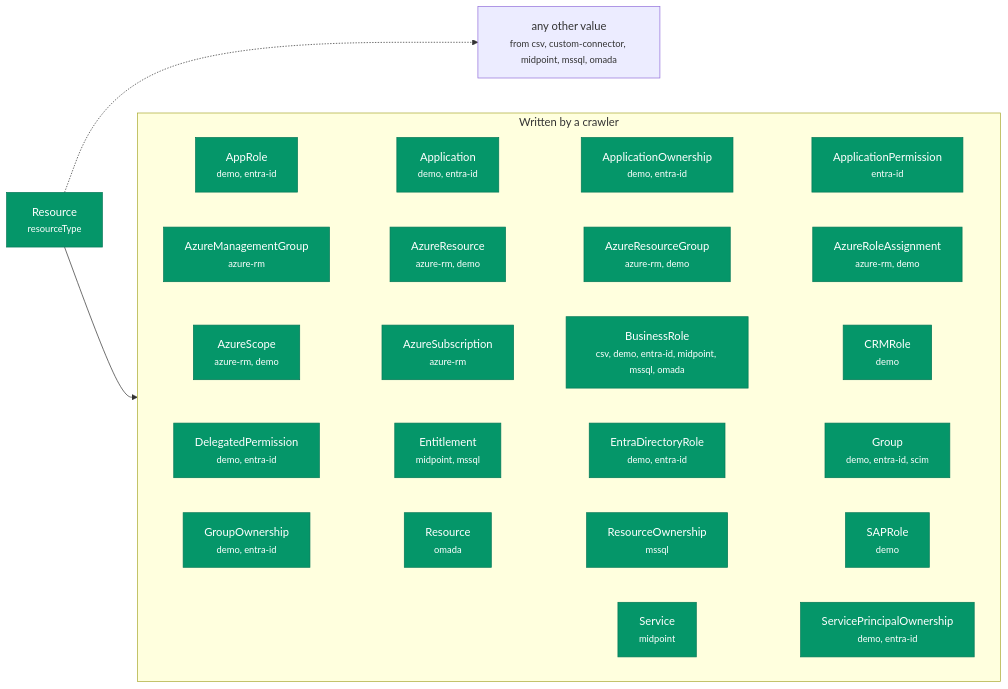
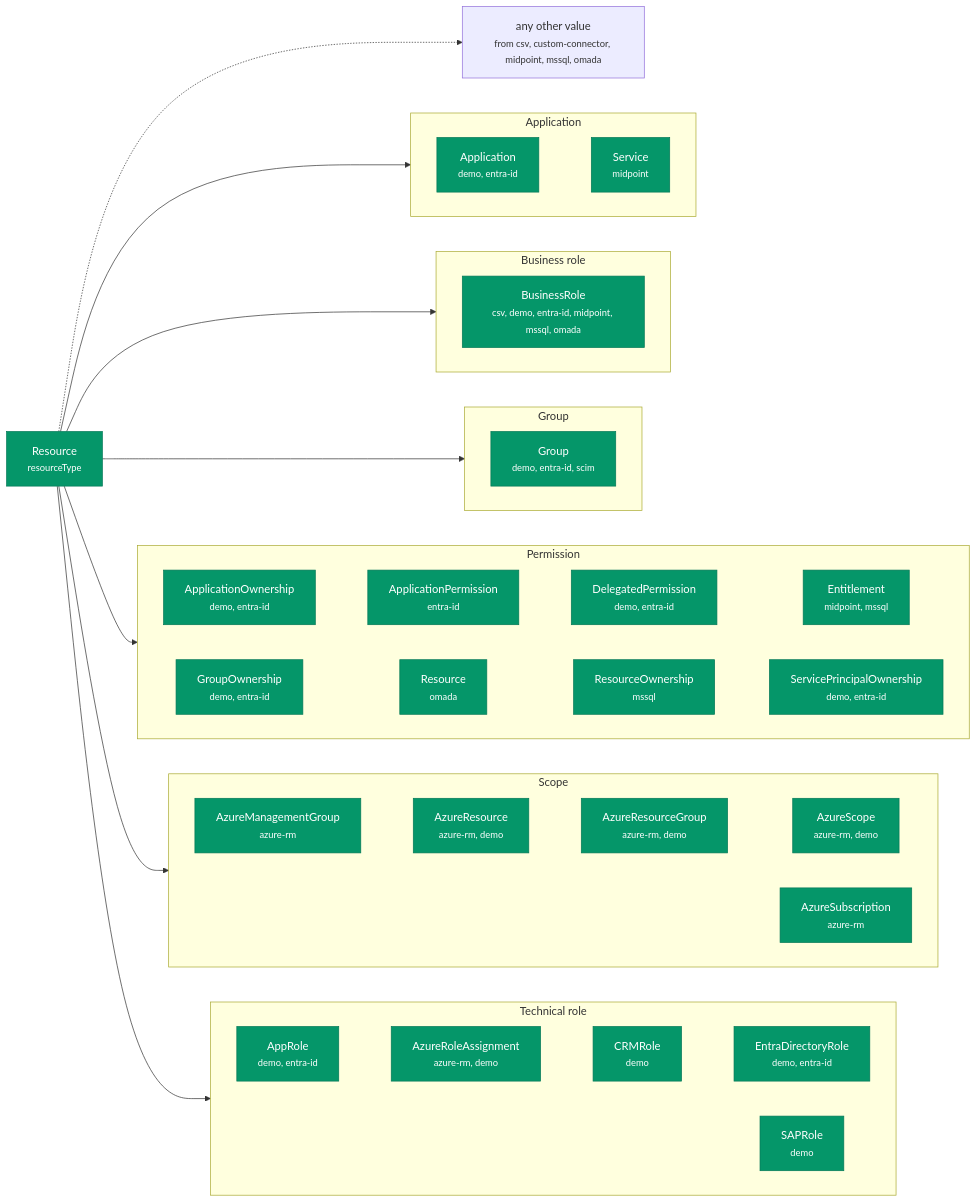
Before and after one commit to DerKodex-Repo-Curator/IdentityAtlas: the third of 5 diagrams in docs/concepts/ontology.md, drawn with Mermaid. The commit also changed other lines of this file and 24 other files, not shown here.

````diff
--- a/docs/concepts/ontology.md
+++ b/docs/concepts/ontology.md
@@ -128,39 +144,58 @@
 ```mermaid
 flowchart LR
     root["Resource<br/><small>resourceType</small>"]:::Resource
-    subgraph g_crawler["Written by a crawler"]
+    subgraph g_Application["Application"]
       direction LR
-      t_AppRole["AppRole<br/><small>demo, entra-id</small>"]:::Resource
       t_Application["Application<br/><small>demo, entra-id</small>"]:::Resource
+      t_Service["Service<br/><small>midpoint</small>"]:::Resource
+      t_Application ~~~ t_Service
+    end
+    subgraph g_BusinessRole["Business role"]
+      direction LR
+      t_BusinessRole["BusinessRole<br/><small>csv, demo, entra-id, midpoint, mssql, omada</small>"]:::Resource
+    end
+    subgraph g_Group["Group"]
+      direction LR
+      t_Group["Group<br/><small>demo, entra-id, scim</small>"]:::Resource
+    end
+    subgraph g_Permission["Permission"]
+      direction LR
       t_ApplicationOwnership["ApplicationOwnership<br/><small>demo, entra-id</small>"]:::Resource
       t_ApplicationPermission["ApplicationPermission<br/><small>entra-id</small>"]:::Resource
+      t_DelegatedPermission["DelegatedPermission<br/><small>demo, entra-id</small>"]:::Resource
+      t_Entitlement["Entitlement<br/><small>midpoint, mssql</small>"]:::Resource
+      t_GroupOwnership["GroupOwnership<br/><small>demo, entra-id</small>"]:::Resource
+      t_Resource["Resource<br/><small>omada</small>"]:::Resource
+      t_ResourceOwnership["ResourceOwnership<br/><small>mssql</small>"]:::Resource
+      t_ServicePrincipalOwnership["ServicePrincipalOwnership<br/><small>demo, entra-id</small>"]:::Resource
+      t_ApplicationOwnership ~~~ t_ApplicationPermission ~~~ t_DelegatedPermission ~~~ t_Entitlement
+      t_GroupOwnership ~~~ t_Resource ~~~ t_ResourceOwnership ~~~ t_ServicePrincipalOwnership
+    end
+    subgraph g_Scope["Scope"]
+      direction LR
       t_AzureManagementGroup["AzureManagementGroup<br/><small>azure-rm</small>"]:::Resource
       t_AzureResource["AzureResource<br/><small>azure-rm, demo</small>"]:::Resource
       t_AzureResourceGroup["AzureResourceGroup<br/><small>azure-rm, demo</small>"]:::Resource
-      t_AzureRoleAssignment["AzureRoleAssignment<br/><small>azure-rm, demo</small>"]:::Resource
       t_AzureScope["AzureScope<br/><small>azure-rm, demo</small>"]:::Resource
       t_AzureSubscription["AzureSubscription<br/><small>azure-rm</small>"]:::Resource
-      t_BusinessRole["BusinessRole<br/><small>csv, demo, entra-id, midpoint, mssql, omada</small>"]:::Resource
+      t_AzureManagementGroup ~~~ t_AzureResource ~~~ t_AzureResourceGroup ~~~ t_AzureScope
+    end
+    subgraph g_TechnicalRole["Technical role"]
+      direction LR
+      t_AppRole["AppRole<br/><small>demo, entra-id</small>"]:::Resource
+      t_AzureRoleAssignment["AzureRoleAssignment<br/><small>azure-rm, demo</small>"]:::Resource
       t_CRMRole["CRMRole<br/><small>demo</small>"]:::Resource
-      t_DelegatedPermission["DelegatedPermission<br/><small>demo, entra-id</small>"]:::Resource
-      t_Entitlement["Entitlement<br/><small>midpoint, mssql</small>"]:::Resource
       t_EntraDirectoryRole["EntraDirectoryRole<br/><small>demo, entra-id</small>"]:::Resource
-      t_Group["Group<br/><small>demo, entra-id, scim</small>"]:::Resource
-      t_GroupOwnership["GroupOwnership<br/><small>demo, entra-id</small>"]:::Resource
-      t_Resource["Resource<br/><small>omada</small>"]:::Resource
-      t_ResourceOwnership["ResourceOwnership<br/><small>mssql</small>"]:::Resource
       t_SAPRole["SAPRole<br/><small>demo</small>"]:::Resource
-      t_Service["Service<br/><small>midpoint</small>"]:::Resource
-      t_ServicePrincipalOwnership["ServicePrincipalOwnership<br/><small>demo, entra-id</small>"]:::Resource
-      t_AppRole ~~~ t_Application ~~~ t_ApplicationOwnership ~~~ t_ApplicationPermission
-      t_AzureManagementGroup ~~~ t_AzureResource ~~~ t_AzureResourceGroup ~~~ t_AzureRoleAssignment
-      t_AzureScope ~~~ t_AzureSubscription ~~~ t_BusinessRole ~~~ t_CRMRole
-      t_DelegatedPermission ~~~ t_Entitlement ~~~ t_EntraDirectoryRole ~~~ t_Group
-      t_GroupOwnership ~~~ t_Resource ~~~ t_ResourceOwnership ~~~ t_SAPRole
-      t_Service ~~~ t_ServicePrincipalOwnership
+      t_AppRole ~~~ t_AzureRoleAssignment ~~~ t_CRMRole ~~~ t_EntraDirectoryRole
     end
-    root --> g_crawler
+    root --> g_Application
+    root --> g_BusinessRole
+    root --> g_Group
+    root --> g_Permission
+    root --> g_Scope
+    root --> g_TechnicalRole
     other["any other value<br/><small>from csv, custom-connector, midpoint, mssql, omada</small>"]
     root -.-> other
     classDef Resource fill:#059669,stroke:#047857,color:#fff
 ```
````
